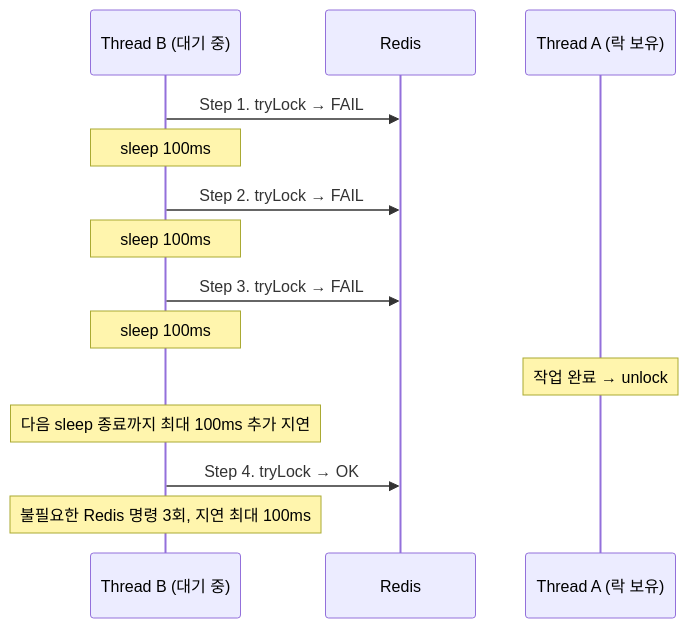
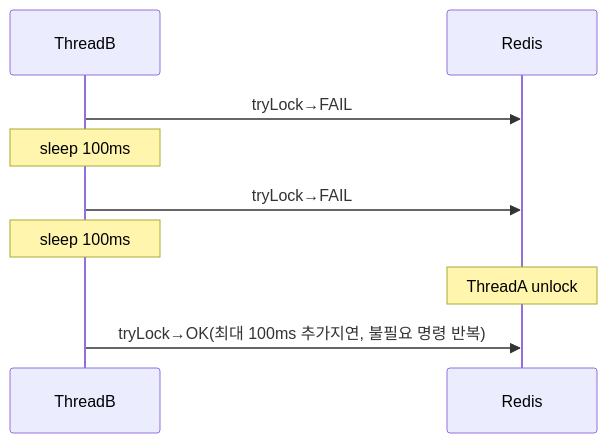
The fourth of 15 diagrams in _posts/redis/2026-05-01-redis-distributed-lock.md (yjkim2015/yjkim2015.github.io), drawn with Mermaid before and after one commit. The commit also changed other lines of this file and 215 other files, not shown here.

First line of the commit message:
신규 포스트 10개 추가 + Mermaid 전면 축소 + SystemDesign 시리즈 보강

````diff
--- a/_posts/redis/2026-05-01-redis-distributed-lock.md
+++ b/_posts/redis/2026-05-01-redis-distributed-lock.md
@@ -262,17 +232,11 @@
 ```mermaid
 sequenceDiagram
-    participant B as Thread B (대기 중)
+    participant B as ThreadB
     participant R as Redis
-    participant A as Thread A (락 보유)
-
-    B->>R: Step 1. tryLock → FAIL
+    B->>R: tryLock→FAIL
     Note over B: sleep 100ms
-    B->>R: Step 2. tryLock → FAIL
+    B->>R: tryLock→FAIL
     Note over B: sleep 100ms
-    B->>R: Step 3. tryLock → FAIL
-    Note over B: sleep 100ms
-    Note over A: 작업 완료 → unlock
-    Note over B: 다음 sleep 종료까지 최대 100ms 추가 지연
-    B->>R: Step 4. tryLock → OK
-    Note over B: 불필요한 Redis 명령 3회, 지연 최대 100ms
+    Note over R: ThreadA unlock
+    B->>R: tryLock→OK(최대 100ms 추가지연, 불필요 명령 반복)
 ```
````
